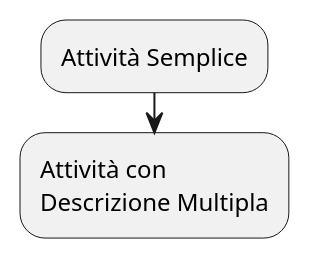
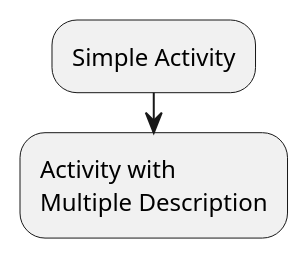
One commit to Seniorsimo/sas-template changed the second of 25 diagrams in 03-behavioral-diagrams/activity-diagrams/README.md. Above: the diagram before and after it, drawn with PlantUML. The commit also changed other lines of this file and 49 other files, not shown here.

````diff
--- a/03-behavioral-diagrams/activity-diagrams/README.md
+++ b/03-behavioral-diagrams/activity-diagrams/README.md
@@ -25,5 +25,5 @@
 ```plantuml
-:Attività Semplice;
-:Attività con
-Descrizione Multipla;
+:Simple Activity;
+:Activity with
+Multiple Description;
 ```
````
